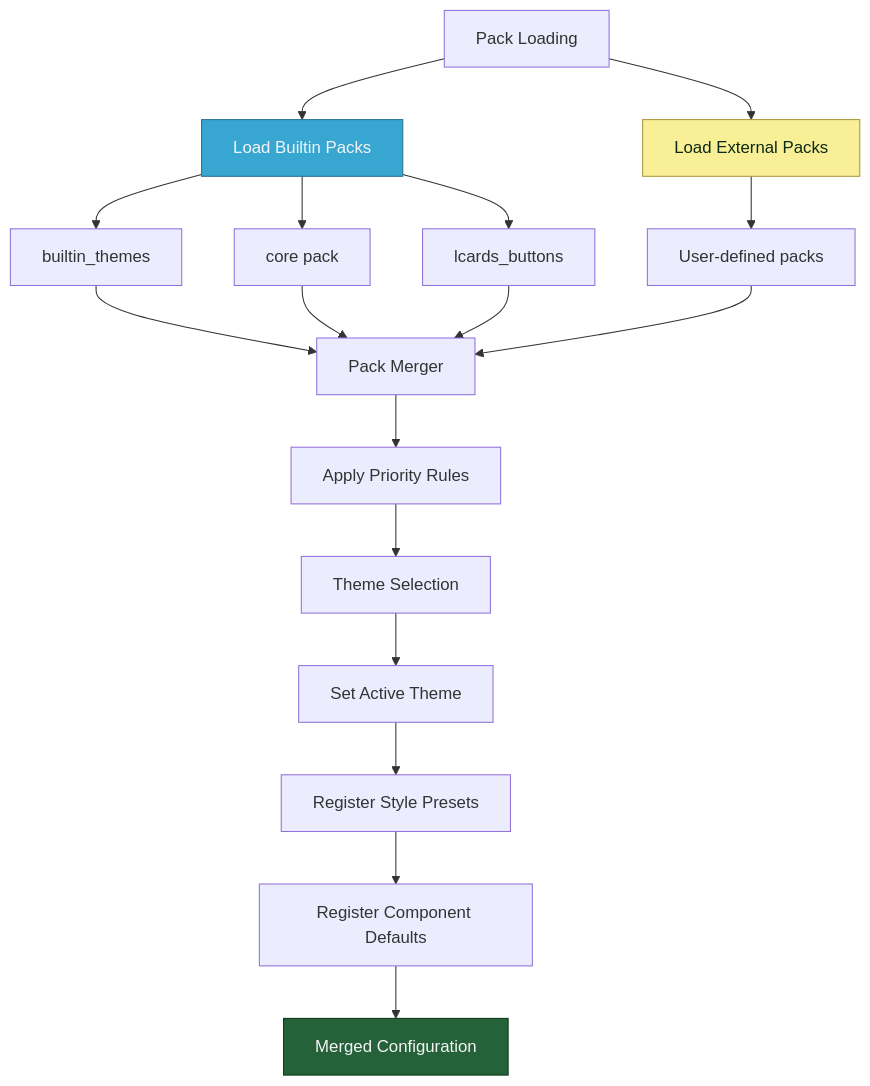
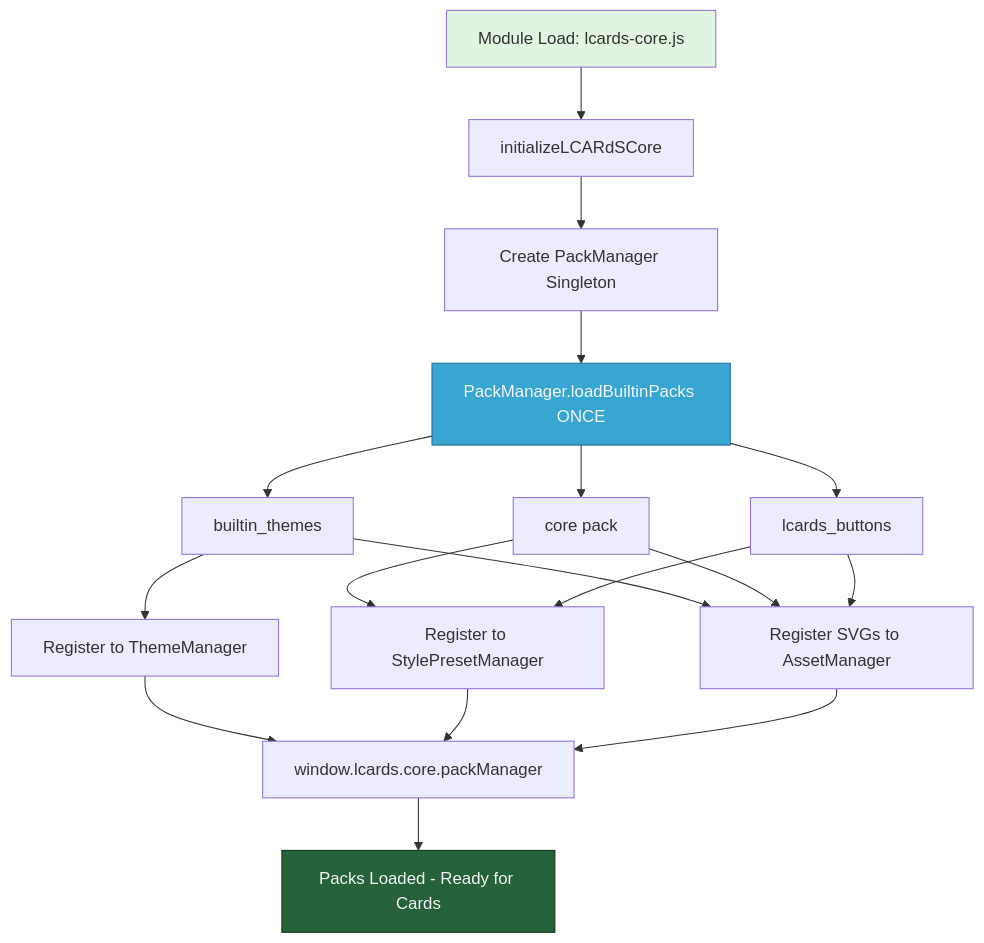
One commit to snootched/lcards changed the eighth of 11 diagrams in doc/architecture/diagrams/msd-flow-part-1.md. Above: the diagram before and after it, drawn with Mermaid. The commit also changed other lines of this file and 2 other files, not shown here.

Commit message:
Fix MSD flow documentation: update diagrams and text sections

````diff
--- a/doc/architecture/diagrams/msd-flow-part-1.md
+++ b/doc/architecture/diagrams/msd-flow-part-1.md
@@ -363,28 +490,29 @@
 ```mermaid
 graph TD
-    Start[Pack Loading] --> Builtin[Load Builtin Packs]
+    Start[Module Load: lcards-core.js] --> Init[initializeLCARdSCore]
+    
+    Init --> CreatePM[Create PackManager Singleton]
+    CreatePM --> LoadBuiltin[PackManager.loadBuiltinPacks ONCE]
 
-    Builtin --> Themes[builtin_themes]
-    Builtin --> Core[core pack]
-    Builtin --> Buttons[lcards_buttons]
+    LoadBuiltin --> Themes[builtin_themes]
+    LoadBuiltin --> Core[core pack]
+    LoadBuiltin --> Buttons[lcards_buttons]
 
-    Start --> External[Load External Packs]
-    External --> User[User-defined packs]
+    Themes --> RegisterTM[Register to ThemeManager]
+    Core --> RegisterSPM[Register to StylePresetManager]
+    Buttons --> RegisterSPM
+    
+    Themes --> RegisterAM[Register SVGs to AssetManager]
+    Core --> RegisterAM
+    Buttons --> RegisterAM
 
-    Themes --> Merge[Pack Merger]
-    Core --> Merge
-    Buttons --> Merge
-    User --> Merge
+    RegisterTM --> Expose[window.lcards.core.packManager]
+    RegisterSPM --> Expose
+    RegisterAM --> Expose
+    
+    Expose --> Ready[Packs Loaded - Ready for Cards]
 
-    Merge --> Priority[Apply Priority Rules]
-    Priority --> Themes2[Theme Selection]
-    Themes2 --> Active[Set Active Theme]
-
-    Active --> Presets[Register Style Presets]
-    Presets --> Components[Register Component Defaults]
-    Components --> Output[Merged Configuration]
-
-    style Builtin fill:#37a6d1,stroke:#2a7193,color:#f3f4f7
-    style External fill:#f9ef97,stroke:#ac943b,color:#0c2a15
-    style Output fill:#266239,stroke:#083717,color:#f3f4f7
+    style Start fill:#e1f5e1
+    style LoadBuiltin fill:#37a6d1,stroke:#2a7193,color:#f3f4f7
+    style Ready fill:#266239,stroke:#083717,color:#f3f4f7
 ```
````
